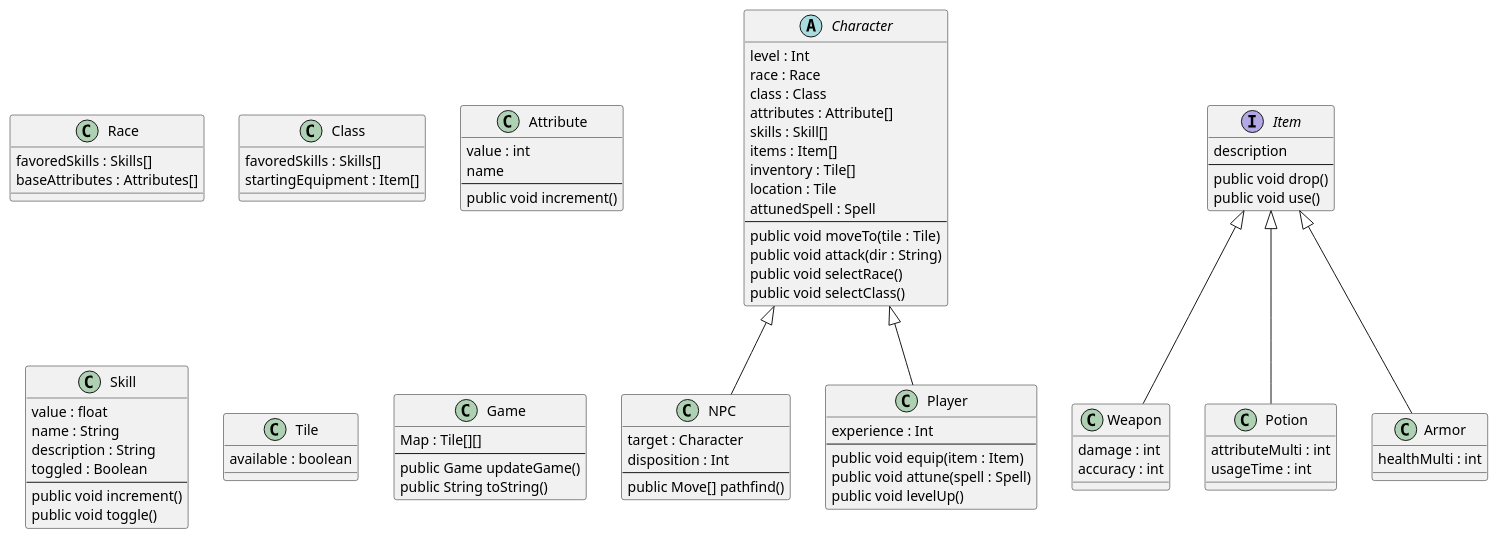
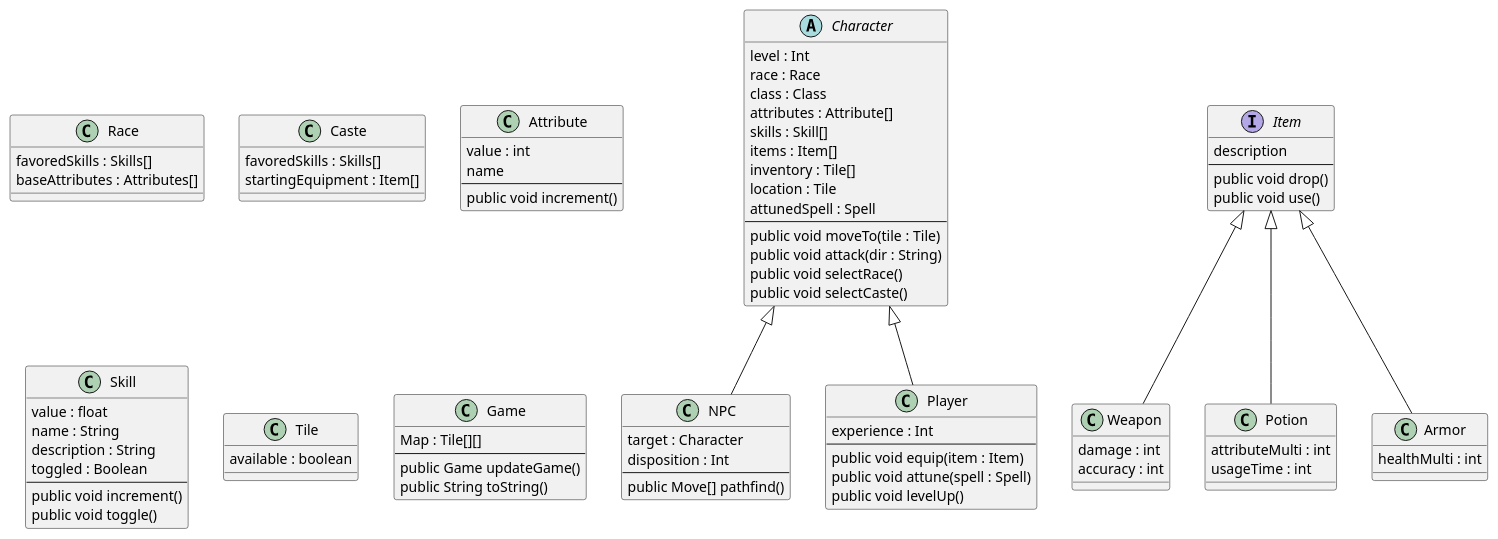
The seventh of 7 diagrams in doc/design.md (dgoldman30/Dungeon_Crawler), drawn with PlantUML before and after one commit.

Commit message:
updated design and replace instances of Class to Caste

```diff
--- a/doc/design.md
+++ b/doc/design.md
@@ -187,7 +187,7 @@
     public void moveTo(tile : Tile)
     public void attack(dir : String)
     public void selectRace()
-    public void selectClass()
+    public void selectCaste()
 }
 
 class  NPC {
@@ -214,7 +214,7 @@
     baseAttributes : Attributes[]
 }
 
-class Class {
+class Caste {
     favoredSkills : Skills[]
     startingEquipment : Item[]
 }
```
